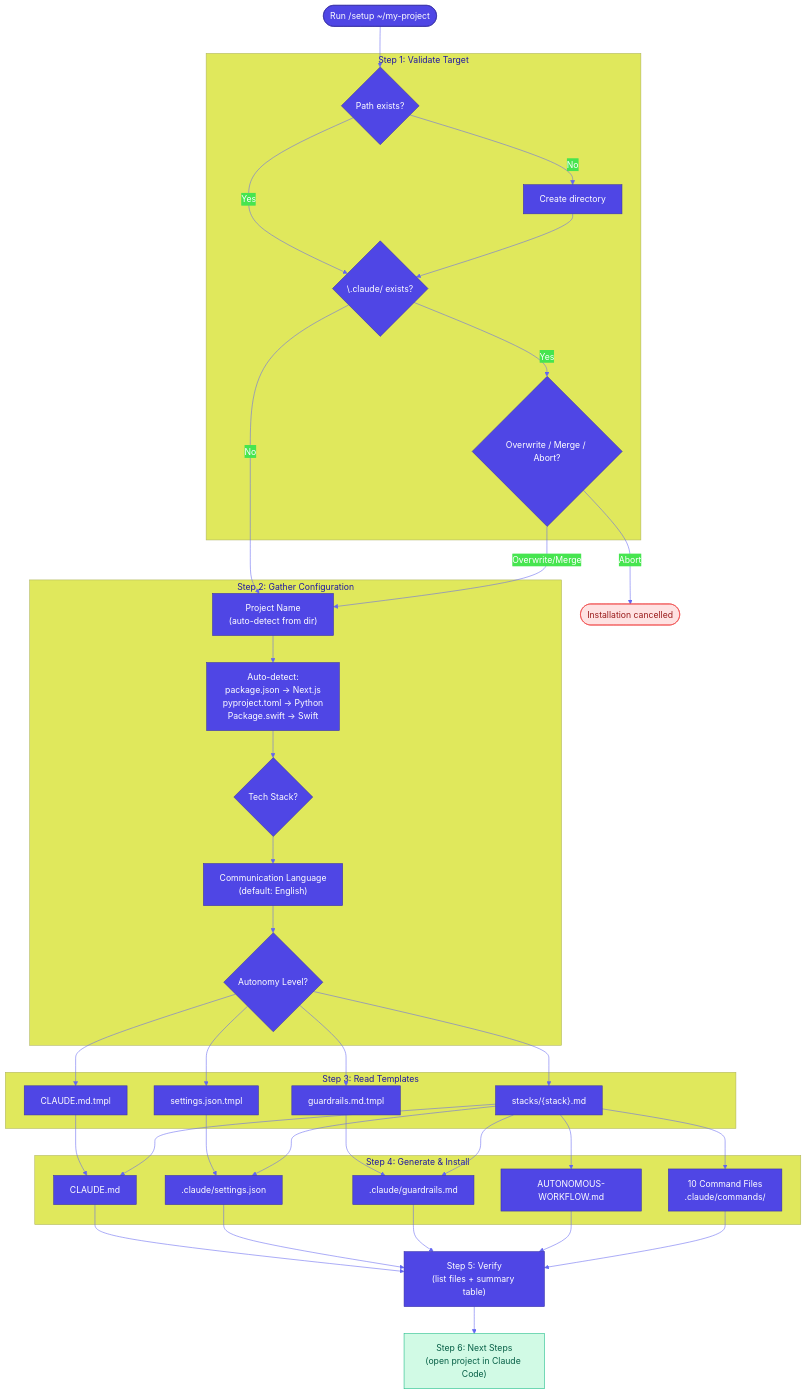
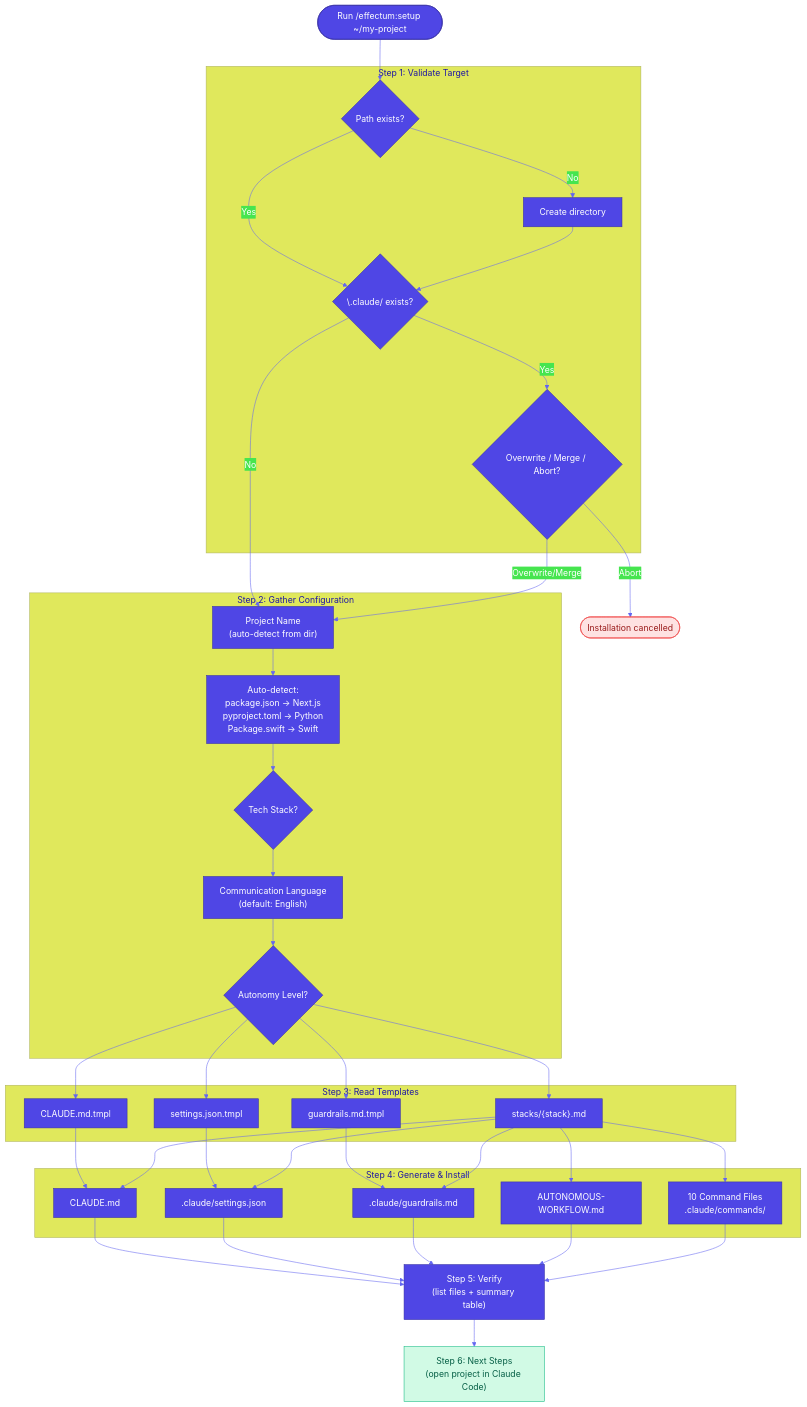
Before and after one commit to aslomon/effectum: the diagram in docs/diagrams/installation-flow.mmd, drawn with Mermaid. The commit also changed 28 other files, not shown here.

```diff
--- a/docs/diagrams/installation-flow.mmd
+++ b/docs/diagrams/installation-flow.mmd
@@ -1,77 +1,77 @@
 %%{ init: { 'theme': 'base', 'themeVariables': { 'primaryColor': '#4f46e5', 'primaryTextColor': '#fff', 'primaryBorderColor': '#3730a3', 'lineColor': '#6366f1' } } }%%
 
 flowchart TB
-    START(["Run /setup ~/my-project"])
+    START(["Run /effectum:setup ~/my-project"])
 
     subgraph VALIDATE["Step 1: Validate Target"]
         CHECK_PATH{"Path exists?"}
         CHECK_CLAUDE{"\.claude/ exists?"}
         CREATE_DIR["Create directory"]
         CONFLICT{"Overwrite / Merge / Abort?"}
     end
 
     subgraph CONFIG["Step 2: Gather Configuration"]
         NAME["Project Name<br/>(auto-detect from dir)"]
         STACK{"Tech Stack?"}
         DETECT["Auto-detect:<br/>package.json → Next.js<br/>pyproject.toml → Python<br/>Package.swift → Swift"]
         LANG["Communication Language<br/>(default: English)"]
         AUTONOMY{"Autonomy Level?"}
     end
 
     subgraph TEMPLATES["Step 3: Read Templates"]
         TMPL_CLAUDE["CLAUDE.md.tmpl"]
         TMPL_SETTINGS["settings.json.tmpl"]
         TMPL_GUARDS["guardrails.md.tmpl"]
         STACK_PRESET["stacks/{stack}.md"]
     end
 
     subgraph INSTALL["Step 4: Generate & Install"]
         GEN_CLAUDE["CLAUDE.md"]
         GEN_SETTINGS[".claude/settings.json"]
         GEN_GUARDS[".claude/guardrails.md"]
         COPY_WORKFLOW["AUTONOMOUS-WORKFLOW.md"]
         COPY_CMDS["10 Command Files<br/>.claude/commands/"]
     end
 
     VERIFY_INSTALL["Step 5: Verify<br/>(list files + summary table)"]
     NEXT_STEPS["Step 6: Next Steps<br/>(open project in Claude Code)"]
 
     START --> CHECK_PATH
     CHECK_PATH -->|"No"| CREATE_DIR
     CHECK_PATH -->|"Yes"| CHECK_CLAUDE
     CREATE_DIR --> CHECK_CLAUDE
     CHECK_CLAUDE -->|"No"| NAME
     CHECK_CLAUDE -->|"Yes"| CONFLICT
     CONFLICT -->|"Overwrite/Merge"| NAME
     CONFLICT -->|"Abort"| ABORT(["Installation cancelled"])
 
     NAME --> DETECT
     DETECT --> STACK
     STACK --> LANG
     LANG --> AUTONOMY
 
     AUTONOMY --> TMPL_CLAUDE
     AUTONOMY --> TMPL_SETTINGS
     AUTONOMY --> TMPL_GUARDS
     AUTONOMY --> STACK_PRESET
 
     TMPL_CLAUDE --> GEN_CLAUDE
     TMPL_SETTINGS --> GEN_SETTINGS
     TMPL_GUARDS --> GEN_GUARDS
     STACK_PRESET --> GEN_CLAUDE
     STACK_PRESET --> GEN_SETTINGS
     STACK_PRESET --> GEN_GUARDS
     STACK_PRESET --> COPY_WORKFLOW
     STACK_PRESET --> COPY_CMDS
 
     GEN_CLAUDE --> VERIFY_INSTALL
     GEN_SETTINGS --> VERIFY_INSTALL
     GEN_GUARDS --> VERIFY_INSTALL
     COPY_WORKFLOW --> VERIFY_INSTALL
     COPY_CMDS --> VERIFY_INSTALL
 
     VERIFY_INSTALL --> NEXT_STEPS
 
     style START fill:#4f46e5,stroke:#3730a3,color:#fff
     style NEXT_STEPS fill:#d1fae5,stroke:#10b981,color:#065f46
     style ABORT fill:#fee2e2,stroke:#ef4444,color:#991b1b
```
